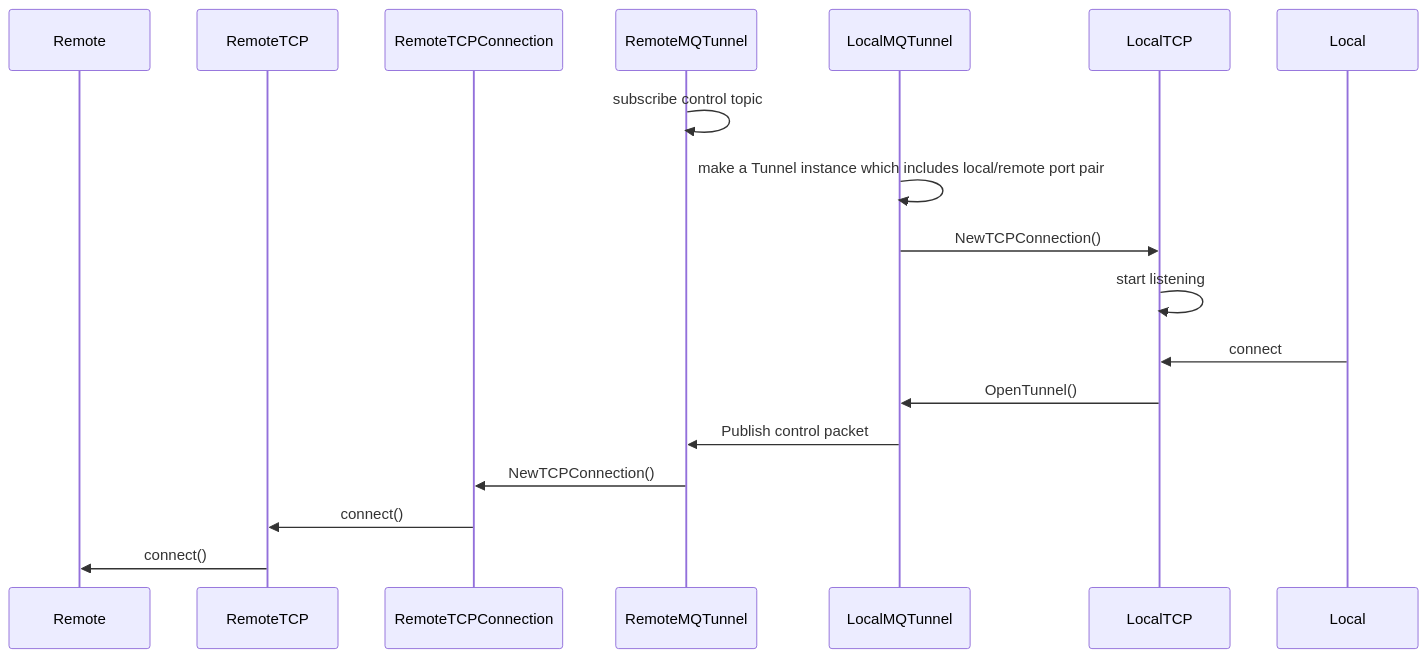
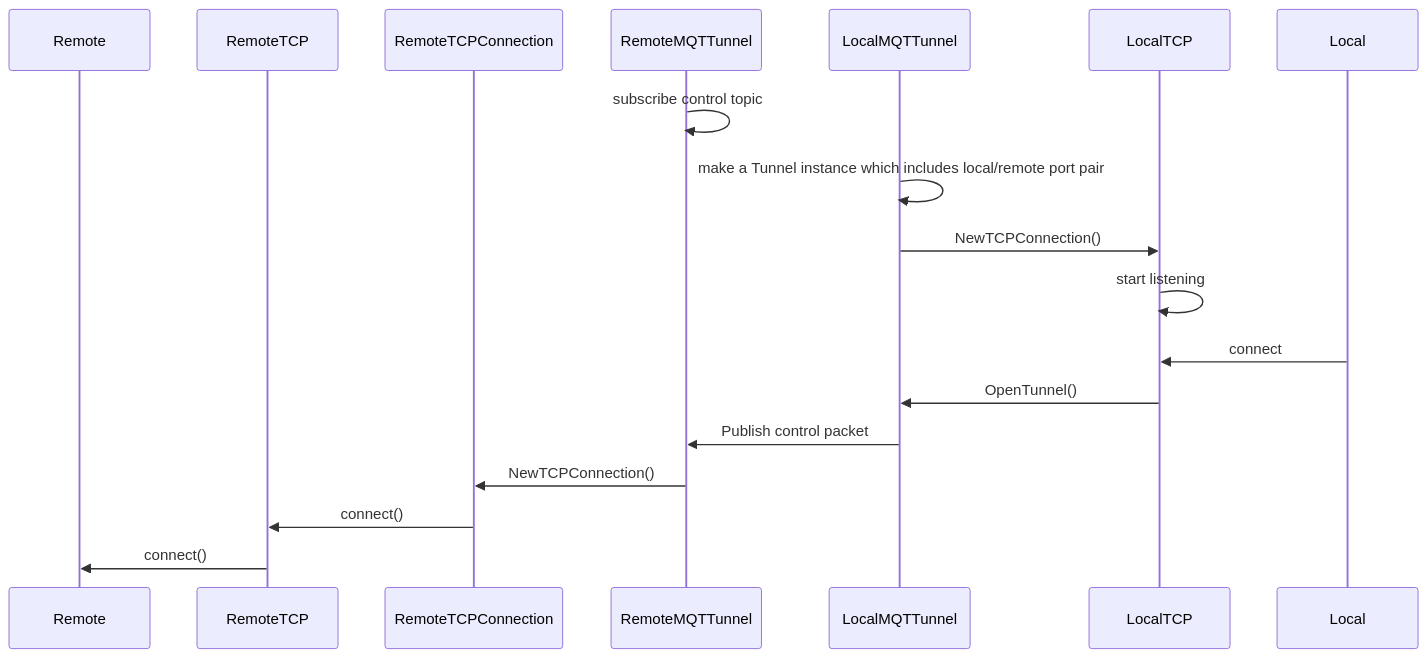
Before and after one commit to Staatsgeheim/MQTTunnelNet: the second of 2 diagrams in README.md, drawn with Mermaid. The commit also changed other lines of this file and 10 other files, not shown here.

````diff
--- a/README.md
+++ b/README.md
@@ -149,19 +198,19 @@
 ```mermaid
 sequenceDiagram
 
 participant Remote
 participant RemoteTCP
 participant RemoteTCPConnection
-participant RemoteMQTunnel
+participant RemoteMQTTunnel
 
-RemoteMQTunnel ->> RemoteMQTunnel: subscribe control topic
-LocalMQTunnel ->> LocalMQTunnel: make a Tunnel instance which includes local/remote port pair
-LocalMQTunnel ->> LocalTCP: NewTCPConnection()
+RemoteMQTTunnel ->> RemoteMQTTunnel: subscribe control topic
+LocalMQTTunnel ->> LocalMQTTunnel: make a Tunnel instance which includes local/remote port pair
+LocalMQTTunnel ->> LocalTCP: NewTCPConnection()
 LocalTCP ->> LocalTCP: start listening
 Local ->> LocalTCP: connect
-LocalTCP ->> LocalMQTunnel: OpenTunnel()
-LocalMQTunnel ->> RemoteMQTunnel: Publish control packet
-RemoteMQTunnel ->> RemoteTCPConnection: NewTCPConnection()
+LocalTCP ->> LocalMQTTunnel: OpenTunnel()
+LocalMQTTunnel ->> RemoteMQTTunnel: Publish control packet
+RemoteMQTTunnel ->> RemoteTCPConnection: NewTCPConnection()
 RemoteTCPConnection ->> RemoteTCP: connect()
 RemoteTCP ->> Remote: connect()
 ```
````
